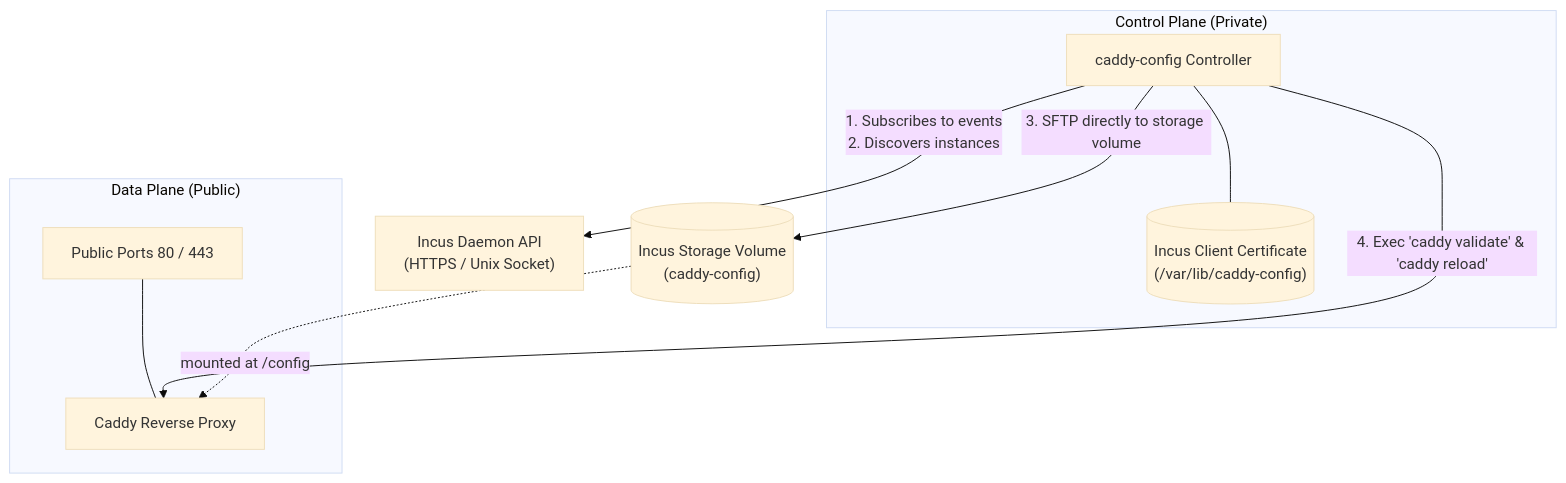
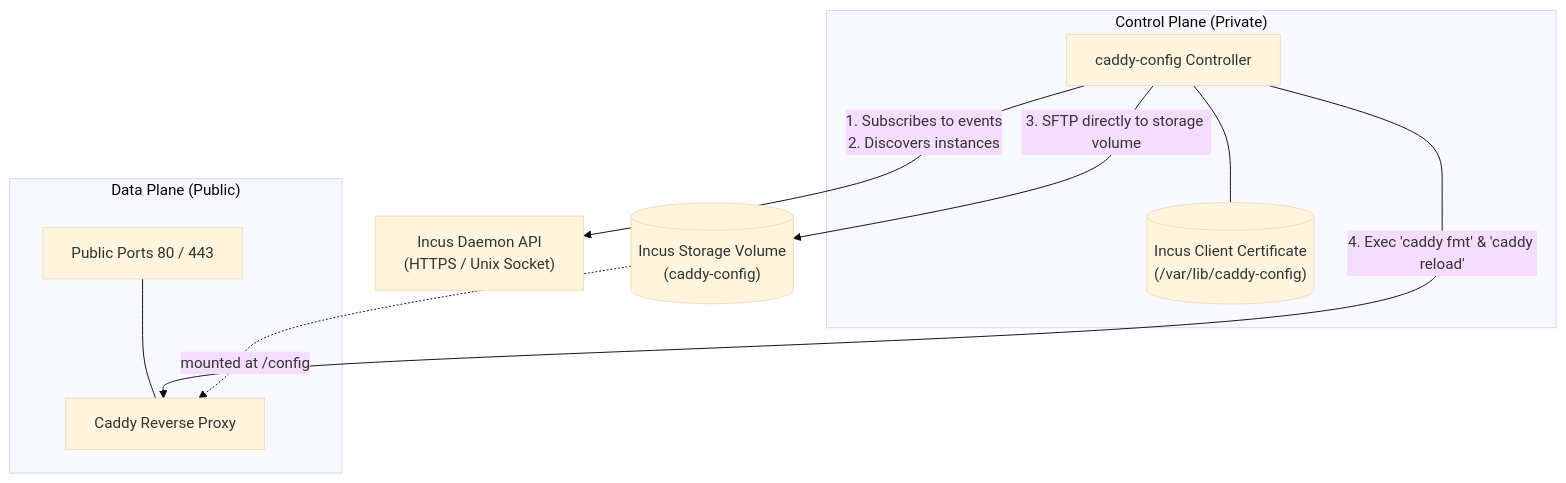
One commit to jochumdev/incus-caddy-config changed the first of 3 diagrams in docs/root/architecture.md. Above: the diagram before and after it, drawn with Mermaid (base theme). The commit also changed other lines of this file and 12 other files, not shown here.

````diff
--- a/docs/root/architecture.md
+++ b/docs/root/architecture.md
@@ -24,22 +24,22 @@
 ```mermaid
 flowchart TD
     subgraph ControlPlane["Control Plane (Private)"]
         CC["caddy-config Controller"]
         Credentials[("Incus Client Certificate<br/>(/var/lib/caddy-config)")]
         CC --- Credentials
     end
 
     subgraph DataPlane["Data Plane (Public)"]
         Caddy["Caddy Reverse Proxy"]
         Ports["Public Ports 80 / 443"]
         Ports --- Caddy
     end
 
     IncusDaemon["Incus Daemon API<br/>(HTTPS / Unix Socket)"]
 
     CC -->|"1. Subscribes to events<br/>2. Discovers instances"| IncusDaemon
     CC -->|"3. SFTP directly to storage volume"| StorageVolume[("Incus Storage Volume<br/>(caddy-config)")]
-    CC -->|"4. Exec 'caddy validate' & 'caddy reload'"| Caddy
+    CC -->|"4. Exec 'caddy fmt' & 'caddy reload'"| Caddy
 
     StorageVolume -.->|mounted at /config| Caddy
 ```
````
